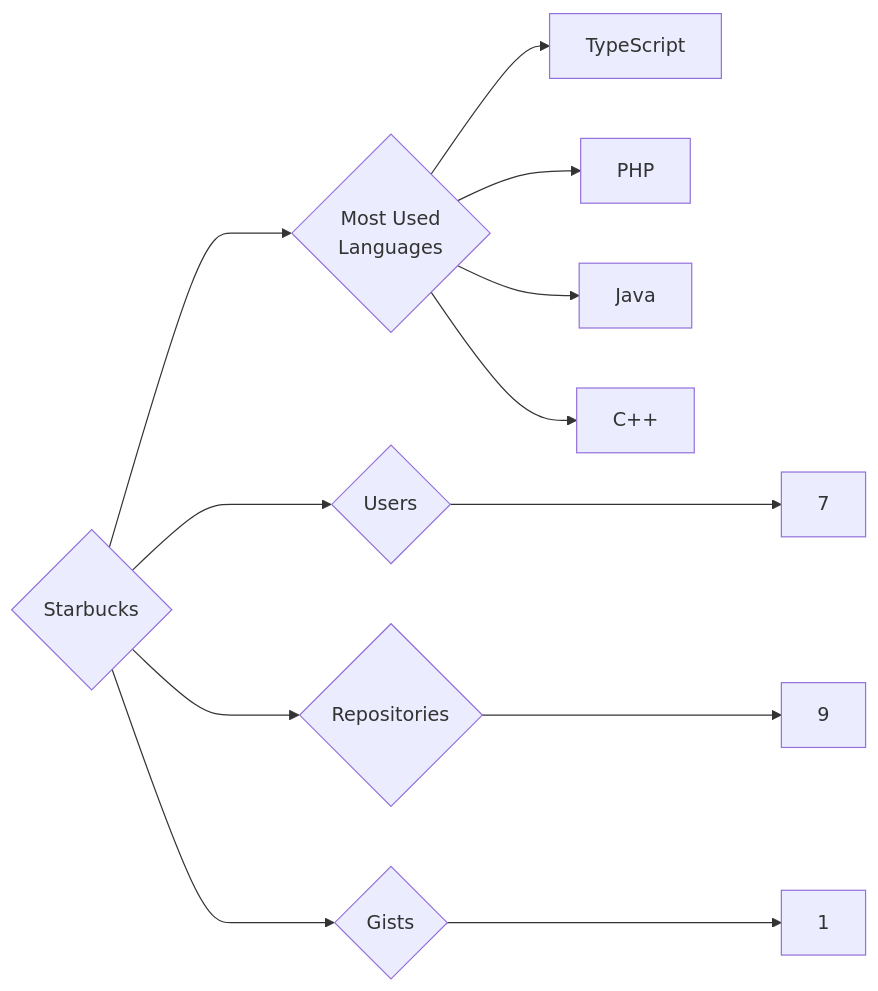
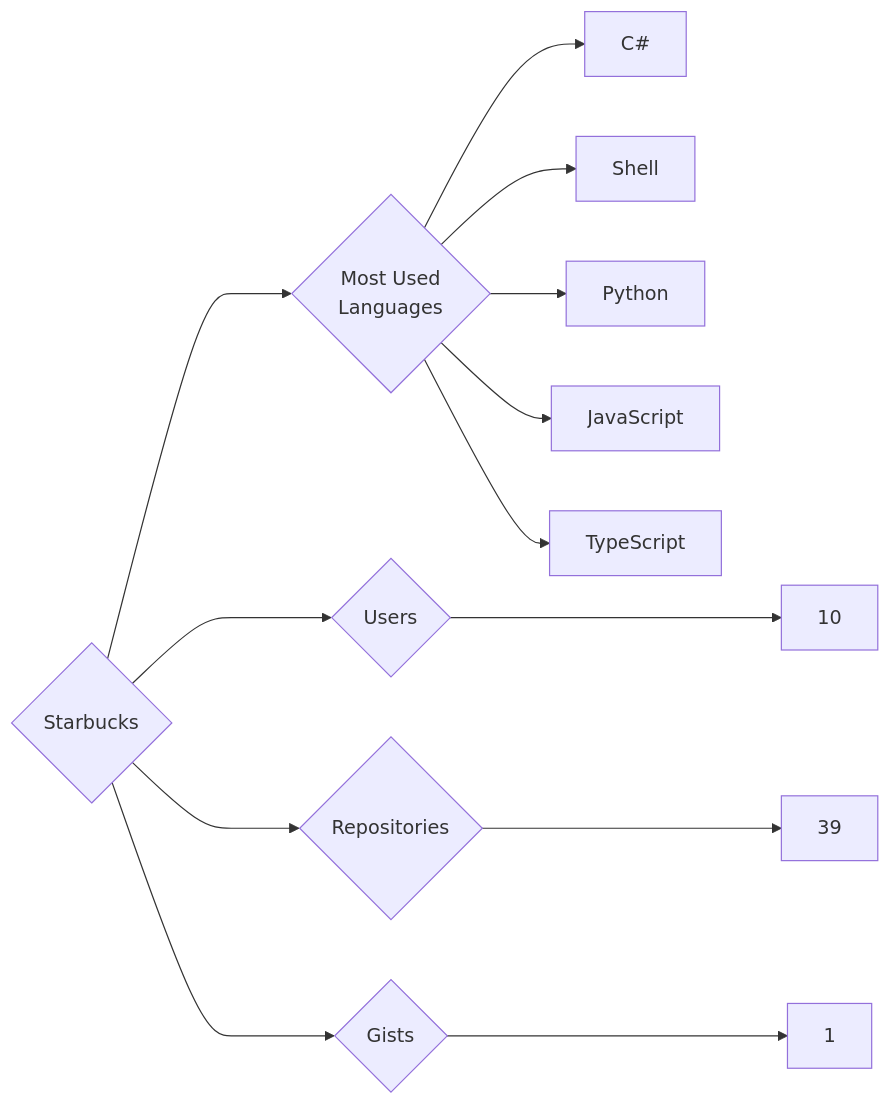
One commit to trickest/insiders changed the diagram in targets/Starbucks/README.md. Above: the diagram before and after it, drawn with Mermaid. The commit also changed 681 other files, not shown here.

````diff
--- a/targets/Starbucks/README.md
+++ b/targets/Starbucks/README.md
@@ -3,12 +3,13 @@
 ```mermaid
 graph LR
 COMPANY_NAME{Starbucks}
-COMPANY_NAME ---> U{Users} ---> UN[7]
-COMPANY_NAME ---> R{Repositories} ---> RN[9]
+COMPANY_NAME ---> U{Users} ---> UN[10]
+COMPANY_NAME ---> R{Repositories} ---> RN[39]
 COMPANY_NAME ---> G{Gists} ---> GN[1]
 COMPANY_NAME ---> ML{Most Used<br>Languages}
+ML --> C#[C#]
+ML --> Shell[Shell]
+ML --> Python[Python]
+ML --> JavaScript[JavaScript]
 ML --> TypeScript[TypeScript]
-ML --> PHP[PHP]
-ML --> Java[Java]
-ML --> C++[C++]
 ```
````
